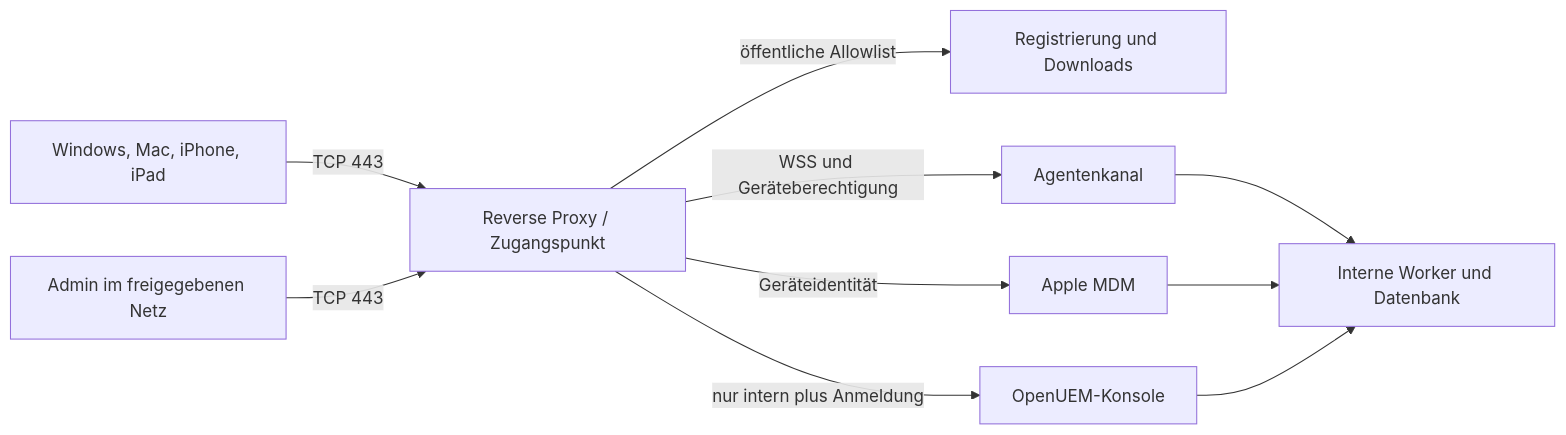
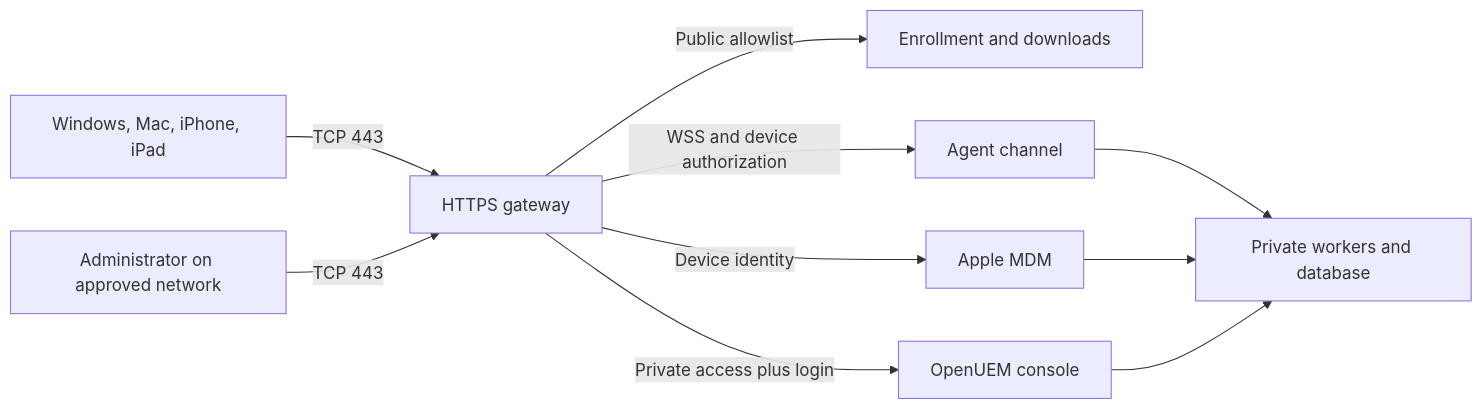
One commit to the-luap/openuem-console changed the diagram in docs/fehlende-funktionen-und-roadmap.md. Above: the diagram before and after it, drawn with Mermaid. The commit also changed other lines of this file and 65 other files, not shown here.

Commit message:
Secure gateway and console access and guide Apple enrollment

````diff
--- a/docs/fehlende-funktionen-und-roadmap.md
+++ b/docs/fehlende-funktionen-und-roadmap.md
@@ -195,12 +303,12 @@
 ```mermaid
 flowchart LR
-    Device[Windows, Mac, iPhone, iPad] -->|TCP 443| Edge[Reverse Proxy / Zugangspunkt]
-    Admin[Admin im freigegebenen Netz] -->|TCP 443| Edge
-    Edge -->|öffentliche Allowlist| Enrollment[Registrierung und Downloads]
-    Edge -->|Geräteidentität| Apple[Apple MDM]
-    Edge -->|WSS und Geräteberechtigung| Agent[Agentenkanal]
-    Edge -->|nur intern plus Anmeldung| Console[OpenUEM-Konsole]
-    Agent --> Internal[Interne Worker und Datenbank]
+    Devices[Windows, Mac, iPhone, iPad] -->|TCP 443| Gateway[HTTPS gateway]
+    Admin[Administrator on approved network] -->|TCP 443| Gateway
+    Gateway -->|Public allowlist| Enrollment[Enrollment and downloads]
+    Gateway -->|Device identity| Apple[Apple MDM]
+    Gateway -->|WSS and device authorization| Agent[Agent channel]
+    Gateway -->|Private access plus login| Console[OpenUEM console]
+    Agent --> Internal[Private workers and database]
     Apple --> Internal
     Console --> Internal
 ```
````
